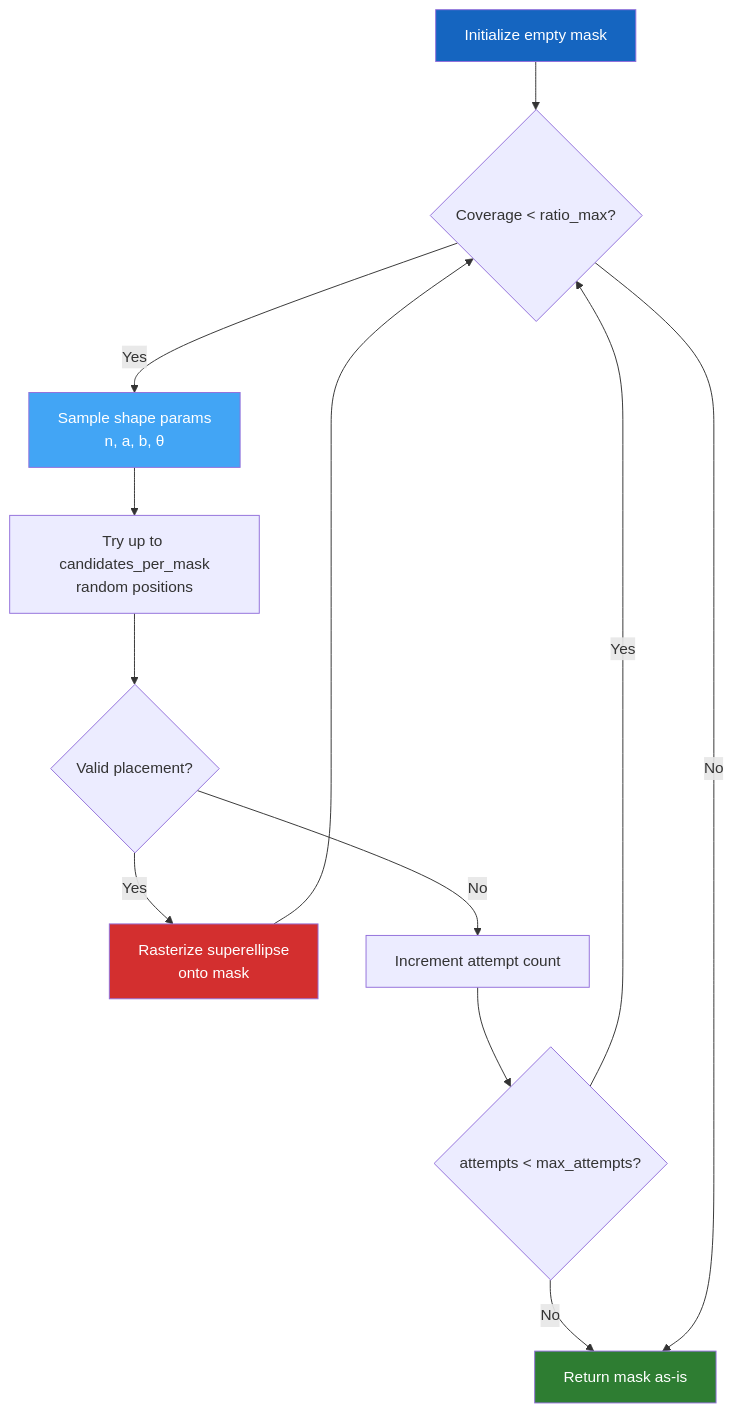
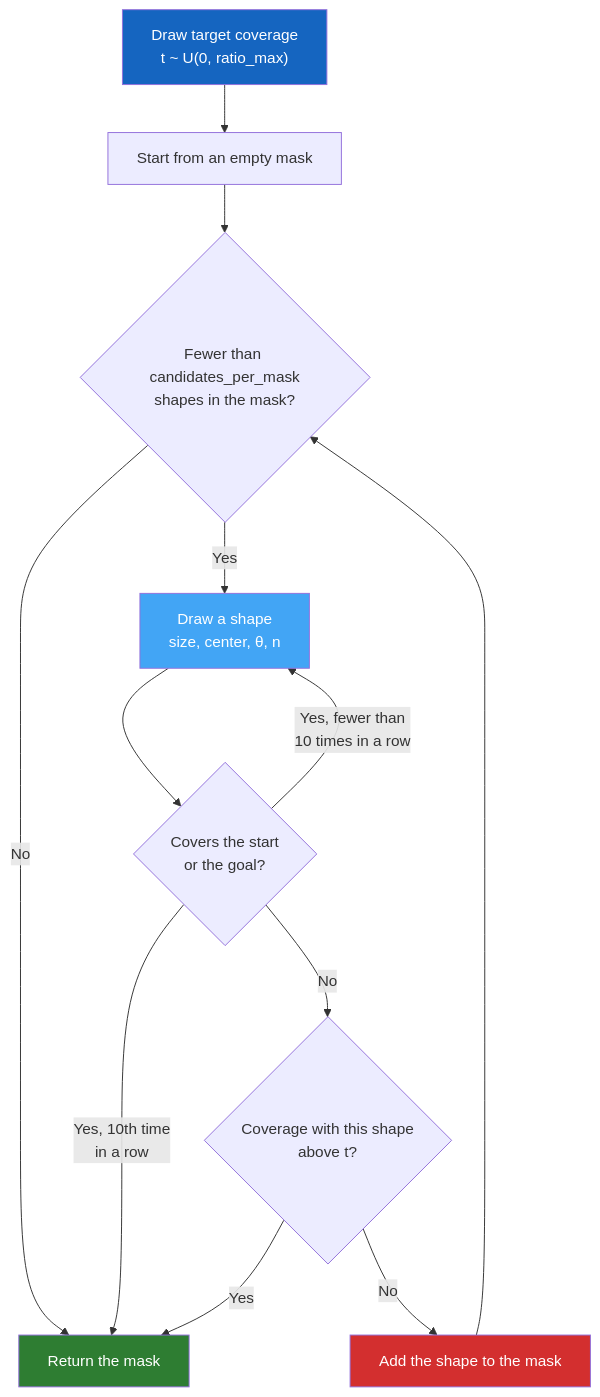
Before and after one commit to ThalesGroup/passage: the diagram in docs/generation/obstacles.md, drawn with Mermaid. The commit also changed other lines of this file and 597 other files, not shown here.

````diff
--- a/docs/generation/obstacles.md
+++ b/docs/generation/obstacles.md
@@ -92,19 +105,19 @@
 ```mermaid
 flowchart TD
-    A[Initialize empty mask] --> B{Coverage < ratio_max?}
-    B -->|Yes| C[Sample shape params\nn, a, b, θ]
-    C --> D[Try up to candidates_per_mask\nrandom positions]
-    D --> E{Valid placement?}
-    E -->|Yes| F[Rasterize superellipse\nonto mask]
-    E -->|No| G[Increment attempt count]
-    F --> B
-    G --> H{attempts < max_attempts?}
-    H -->|Yes| B
-    H -->|No| I[Return mask as-is]
-    B -->|No| I
+    A["Draw target coverage<br>t ~ U(0, ratio_max)"] --> B[Start from an empty mask]
+    B --> C{"Fewer than candidates_per_mask<br>shapes in the mask?"}
+    C -->|No| R[Return the mask]
+    C -->|Yes| D["Draw a shape<br>size, center, θ, n"]
+    D --> E{"Covers the start<br>or the goal?"}
+    E -->|"Yes, fewer than<br>10 times in a row"| D
+    E -->|"Yes, 10th time<br>in a row"| R
+    E -->|No| F{"Coverage with this shape<br>above t?"}
+    F -->|Yes| R
+    F -->|No| G[Add the shape to the mask]
+    G --> C
 
     style A fill:#1565C0,color:#fff
-    style C fill:#42A5F5,color:#fff
-    style F fill:#D32F2F,color:#fff
-    style I fill:#2E7D32,color:#fff
+    style D fill:#42A5F5,color:#fff
+    style G fill:#D32F2F,color:#fff
+    style R fill:#2E7D32,color:#fff
 ```
````
